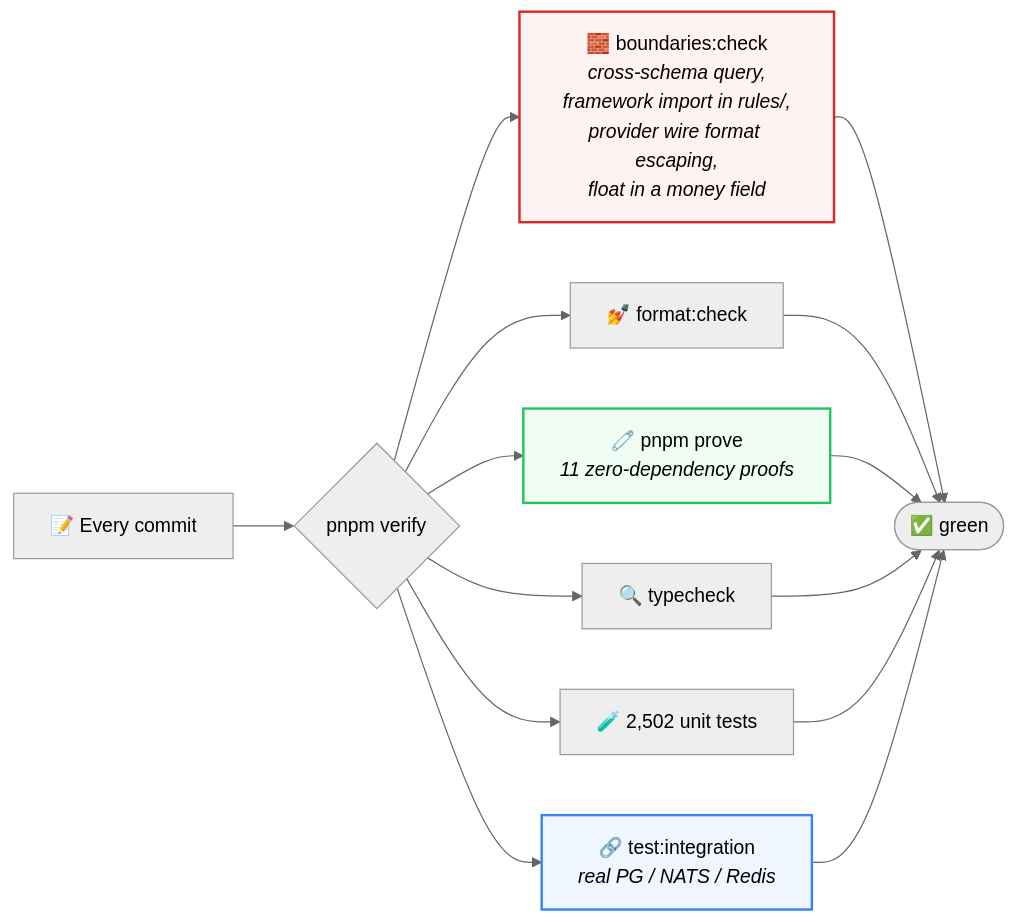
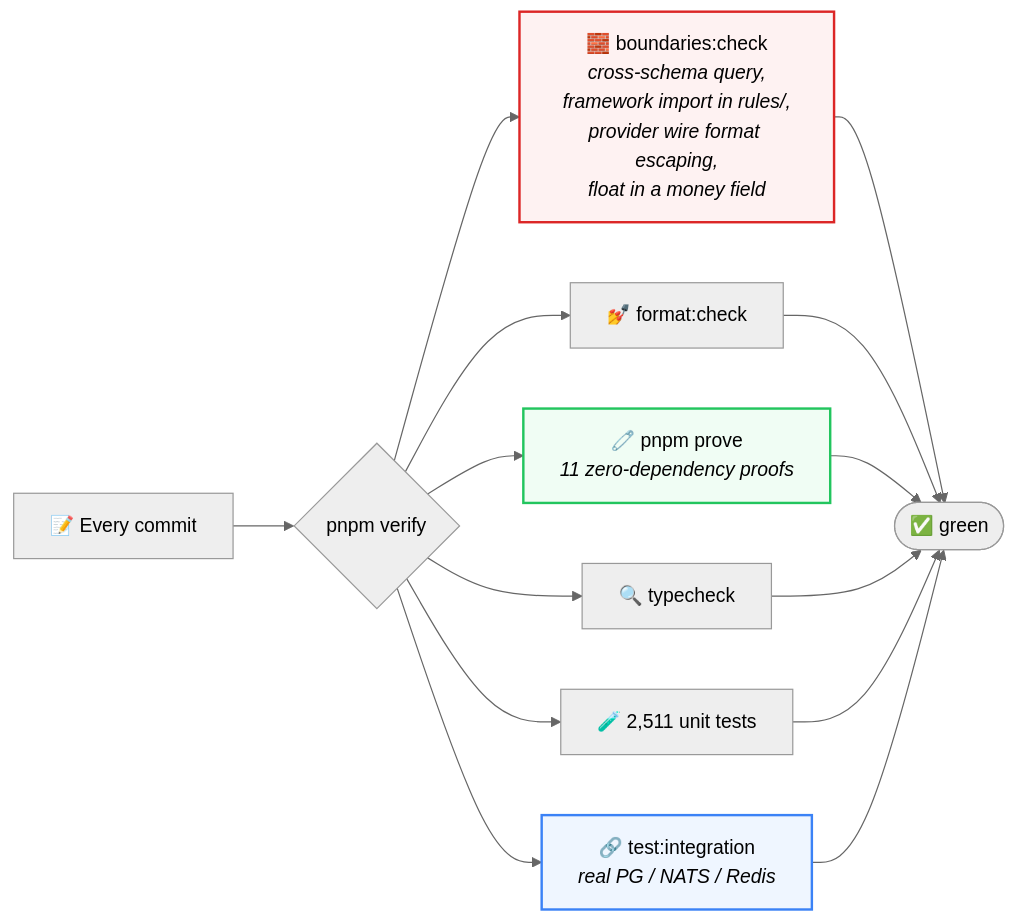
Before and after one commit to mahabubone/zipzap: the sixth of 6 diagrams in README.md, drawn with Mermaid (neutral theme). The commit also changed other lines of this file and 5 other files, not shown here.

````diff
--- a/README.md
+++ b/README.md
@@ -402,17 +402,17 @@
 ```mermaid
 flowchart LR
     C["📝 Every commit"] --> P{"pnpm verify"}
     P --> B["🧱 boundaries:check<br/><i>cross-schema query,<br/>framework import in rules/,<br/>provider wire format escaping,<br/>float in a money field</i>"]
     P --> F["💅 format:check"]
     P --> V["🧷 pnpm prove<br/><i>11 zero-dependency proofs</i>"]
     P --> T["🔍 typecheck"]
-    P --> U["🧪 2,502 unit tests"]
+    P --> U["🧪 2,511 unit tests"]
     P --> I["🔗 test:integration<br/><i>real PG / NATS / Redis</i>"]
 
     B --> G([✅ green])
     F --> G; V --> G; T --> G; U --> G; I --> G
 
     style B fill:#fef2f2,stroke:#dc2626,stroke-width:2px
     style V fill:#f0fdf4,stroke:#22c55e,stroke-width:2px
     style I fill:#eff6ff,stroke:#3b82f6,stroke-width:2px
 ```
````
